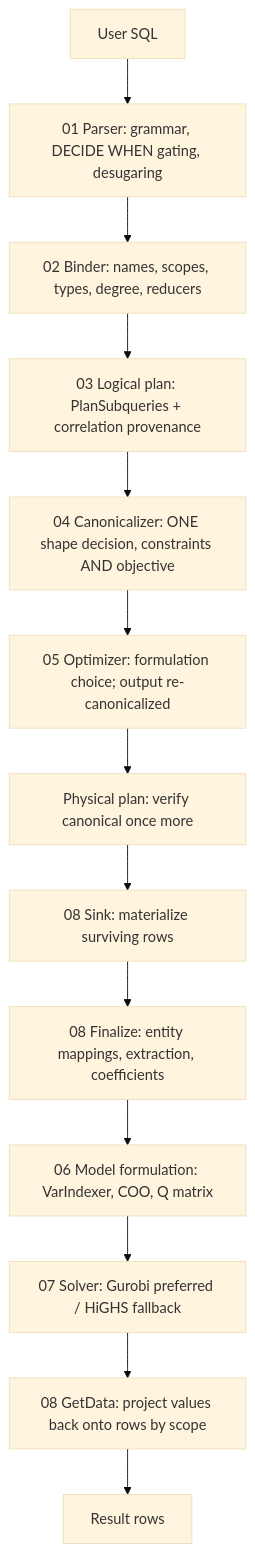
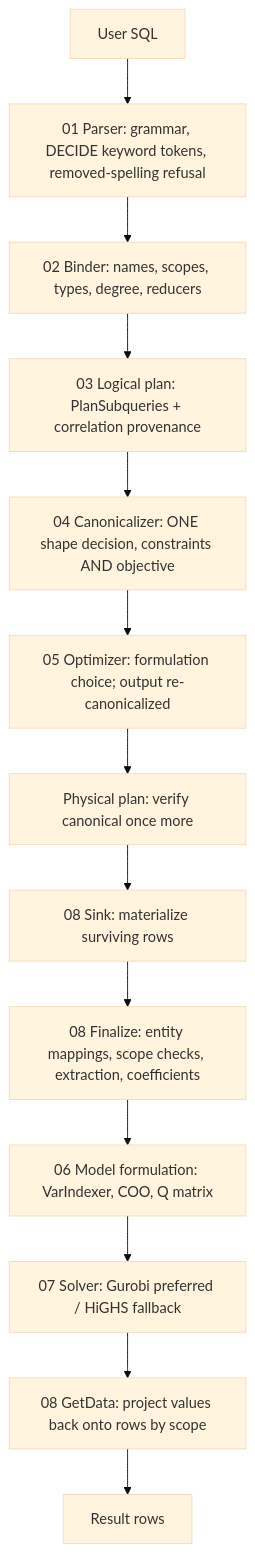
The diagram in context/descriptions/01_pipeline/architecture.md (huda-lab/decidb), drawn with Mermaid (base theme) before and after one commit. The commit also changed other lines of this file and 265 other files, not shown here.

````diff
--- a/context/descriptions/01_pipeline/architecture.md
+++ b/context/descriptions/01_pipeline/architecture.md
@@ -34,15 +37,15 @@
 ```mermaid
 graph TD
-    User[User SQL] --> P[01 Parser: grammar, DECIDE WHEN gating, desugaring]
+    User[User SQL] --> P[01 Parser: grammar, DECIDE keyword tokens, removed-spelling refusal]
     P --> B[02 Binder: names, scopes, types, degree, reducers]
     B --> L[03 Logical plan: PlanSubqueries + correlation provenance]
     L --> C[04 Canonicalizer: ONE shape decision, constraints AND objective]
     C --> O[05 Optimizer: formulation choice; output re-canonicalized]
     O --> PH[Physical plan: verify canonical once more]
     PH --> S[08 Sink: materialize surviving rows]
-    S --> F[08 Finalize: entity mappings, extraction, coefficients]
+    S --> F[08 Finalize: entity mappings, scope checks, extraction, coefficients]
     F --> M[06 Model formulation: VarIndexer, COO, Q matrix]
     M --> SV[07 Solver: Gurobi preferred / HiGHS fallback]
     SV --> R[08 GetData: project values back onto rows by scope]
     R --> Out[Result rows]
 ```
````
